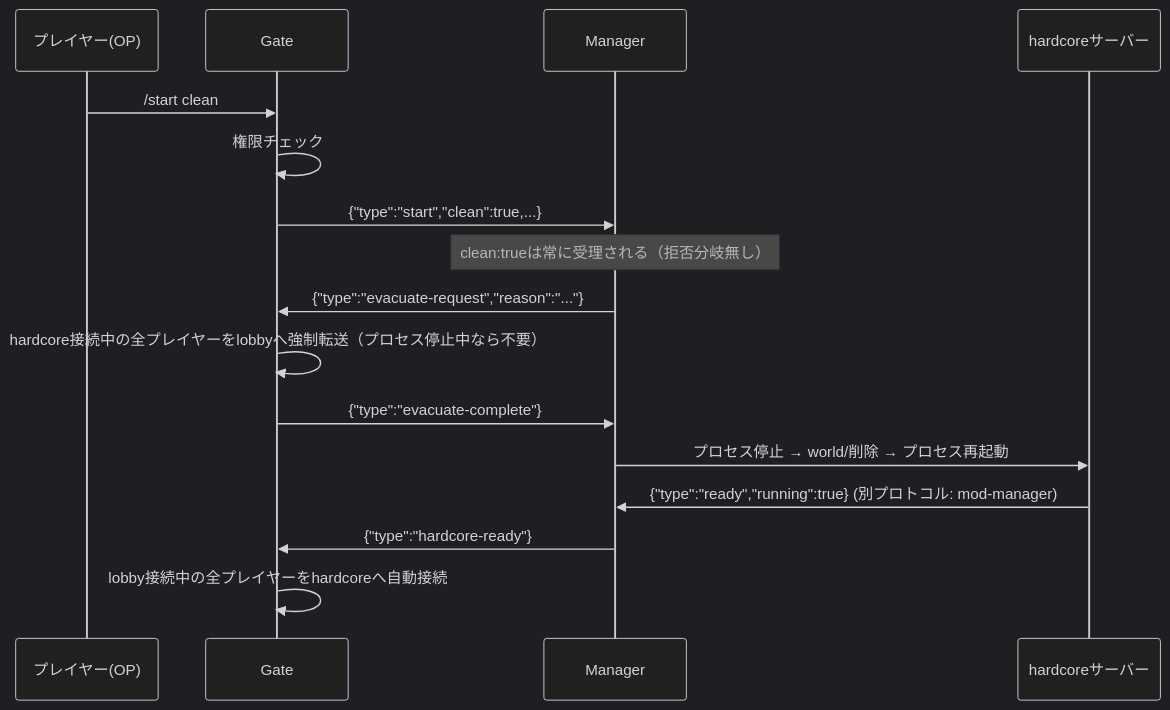
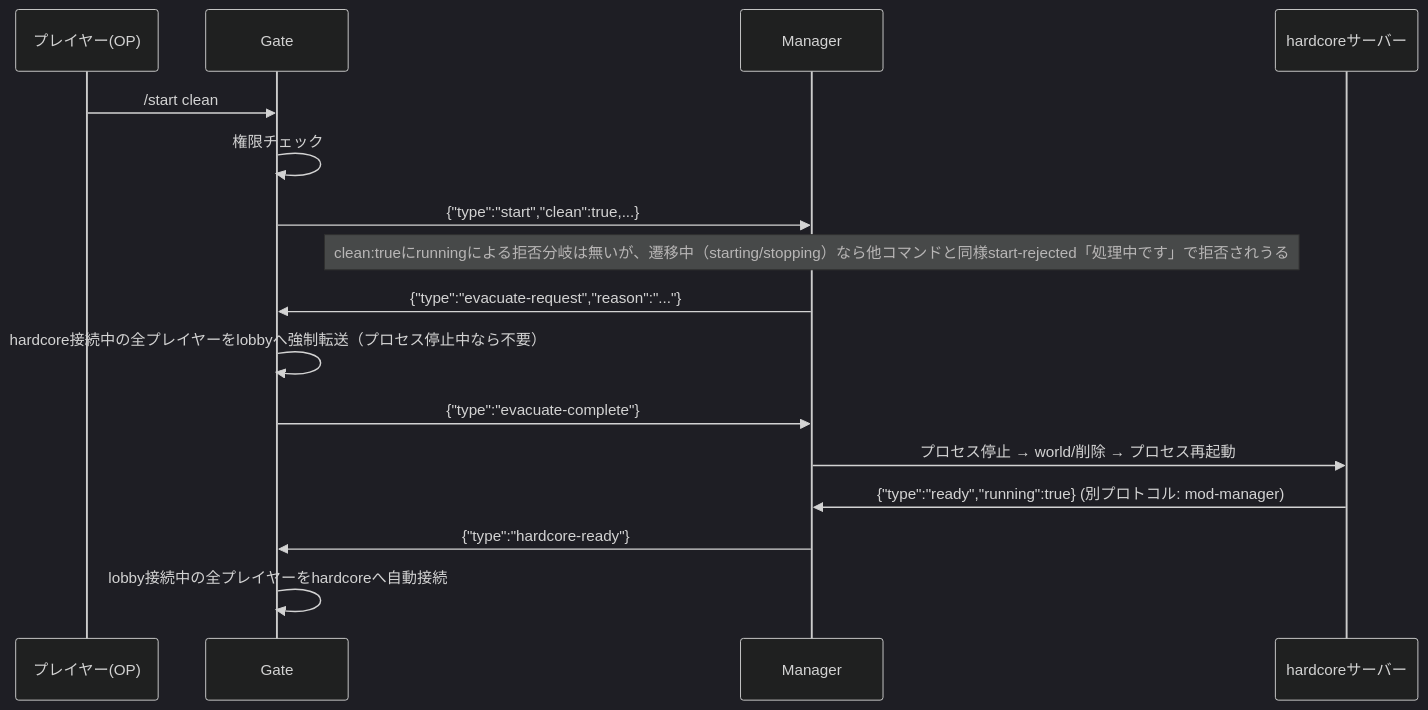
Before and after one commit to RayLight1732/hardcore-together-manager: the first of 4 diagrams in docs/protocol-gate-manager.md, drawn with Mermaid (dark theme). The commit also changed other lines of this file and 4 other files, not shown here.

````diff
--- a/docs/protocol-gate-manager.md
+++ b/docs/protocol-gate-manager.md
@@ -218,19 +218,19 @@
 ```mermaid
 sequenceDiagram
     participant P as プレイヤー(OP)
     participant G as Gate
     participant M as Manager
     participant H as hardcoreサーバー
 
     P->>G: /start clean
     G->>G: 権限チェック
     G->>M: {"type":"start","clean":true,...}
-    Note over M: clean:trueは常に受理される（拒否分岐無し）
+    Note over M: clean:trueにrunningによる拒否分岐は無いが、遷移中（starting/stopping）なら他コマンドと同様start-rejected「処理中です」で拒否されうる
     M->>G: {"type":"evacuate-request","reason":"..."}
     G->>G: hardcore接続中の全プレイヤーをlobbyへ強制転送（プロセス停止中なら不要）
     G->>M: {"type":"evacuate-complete"}
     M->>H: プロセス停止 → world/削除 → プロセス再起動
     H->>M: {"type":"ready","running":true}  (別プロトコル: mod-manager)
     M->>G: {"type":"hardcore-ready"}
     G->>G: lobby接続中の全プレイヤーをhardcoreへ自動接続
 ```
````
